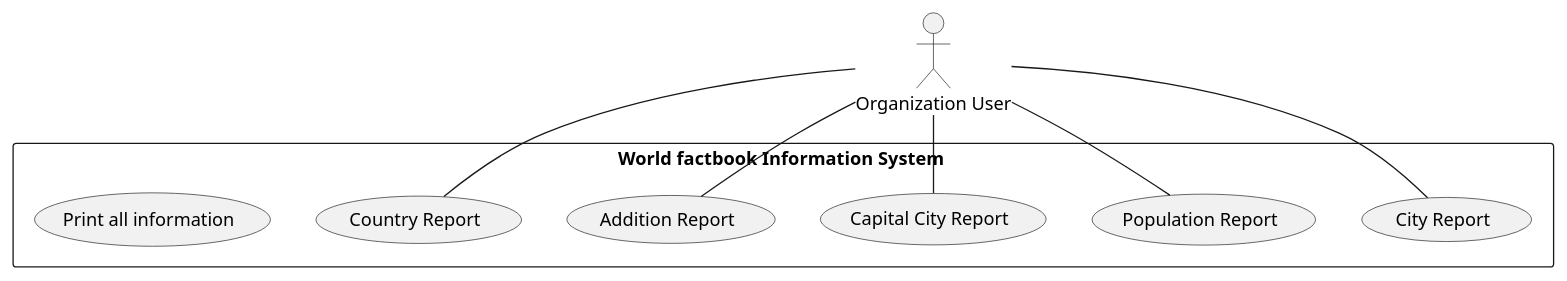
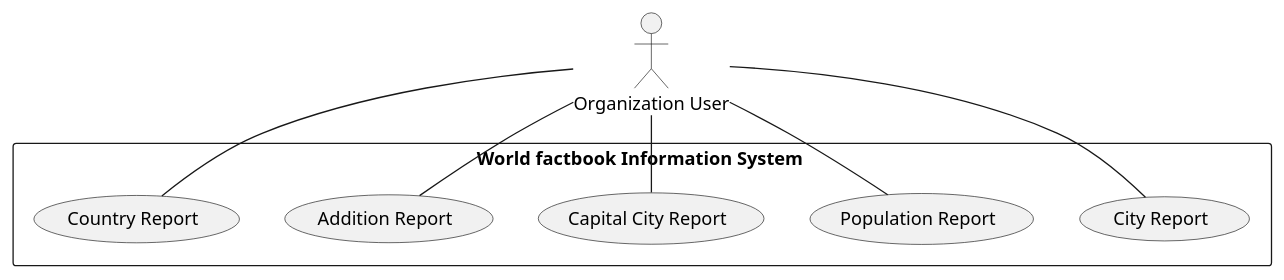
One commit to EinGyinMoe/Group3 changed the diagram in use-cases/World FactBook Info.puml. Above: the diagram before and after it, drawn with PlantUML.

Commit message:
Changes uml

```diff
--- a/use-cases/World FactBook Info.puml
+++ b/use-cases/World FactBook Info.puml
@@ -1,72 +1,72 @@
 @startuml
 'Start PlantUML
 'Use Cases using in DevOps help to solve the problems and improve performance of the system.
 
 actor user as "Organization User"
 
 'Defined the system using rectangles
 
 'rectangle Database
 
 rectangle "World factbook Information System " {
     usecase UC1 as "Country Report"
     usecase UC2 as "City Report"
     usecase UC3 as "Population Report"
     usecase UC4 as "Capital City Report"
     usecase UC5 as "Addition Report"
 
 
 
-    usecase UCa as "Print all information"
+'    usecase UCa as "Print all information"
 
 'To provide a name for usecases (use case UC1 as use case 1)
 
     user--UC1
     user - UC2
     user - UC3
     user - UC4
 '    UC4 ..> UCa : include
 '    UC4 - Database
     user - UC5
 '    UC5 ..> UCa : include
 '    UC5 - Database
 '    user - UC6
 ''    UC6 ..> UCa : include
 ''    UC6 - Database
 '    user - UC7
 ''    UC7 ..> UCa : include
 ''    UC7 - Database
 '    user - UC8
 ''    UC8 ..> UCa : include
 ''    UC8 - Database
 '    user - UC9
 ''    UC9 ..> UCa : include
 ''    UC9 - Database
 '    user - UC10
 ''    UC10 ..> UCa : include
 ''    UC10 - Database
 '    user - UC11
 ''    UC11 ..> UCa : include
 ''    UC11 - Database
 '    user - UC12
 ''    UC12 ..> UCa : include
 ''    UC12 - Database
 '    user - UC13
 ''    UC13 ..> UCa : include
 ''    UC13 - Database
 '    user - UC14
 ''    UC14 ..> UCa : include
 ''    UC14 - Database
 '    user - UC15
 ''    UC15 ..> UCa : include
 ''    UC15 - Database
 '    user - UC16
 ''    UC16 ..> UCa : include
 ''    UC16 - Database
 '    user - UC17
 ''    UC17 ..> UCa : include
 ''    UC17 - Database
 
 }
 'End PlantUML
 @enduml
```
